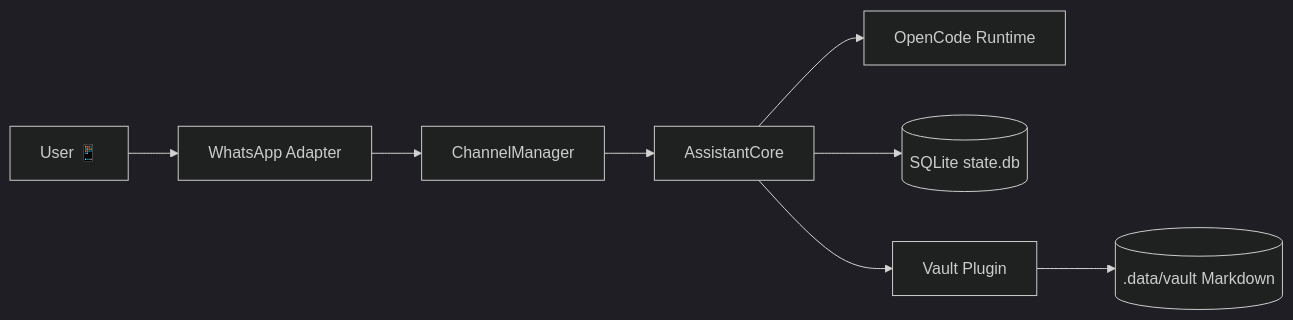
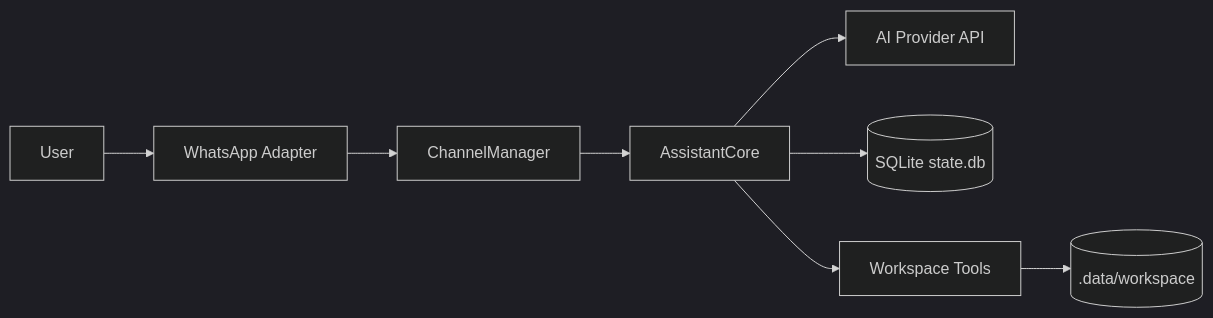
Before and after one commit to alexradunet/pocketbrain: the first of 3 diagrams in docs/architecture/system-overview.md, drawn with Mermaid (dark theme). The commit also changed other lines of this file and 29 other files, not shown here.

````diff
--- a/docs/architecture/system-overview.md
+++ b/docs/architecture/system-overview.md
@@ -11,10 +11,10 @@
 ```mermaid
 flowchart LR
-  User[User 📱] --> WA[WhatsApp Adapter]
+  User[User] --> WA[WhatsApp Adapter]
   WA --> CM[ChannelManager]
   CM --> AC[AssistantCore]
-  AC --> OC[OpenCode Runtime]
+  AC --> AI[AI Provider API]
   AC --> DB[(SQLite state.db)]
-  AC --> VP[Vault Plugin]
-  VP --> Vault[(.data/vault Markdown)]
+  AC --> WS[Workspace Tools]
+  WS --> Files[(.data/workspace)]
 ```
````
